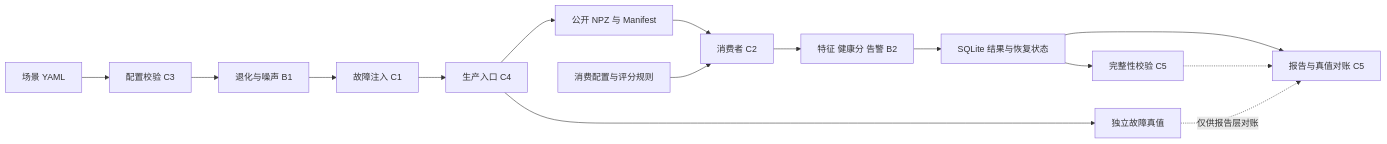
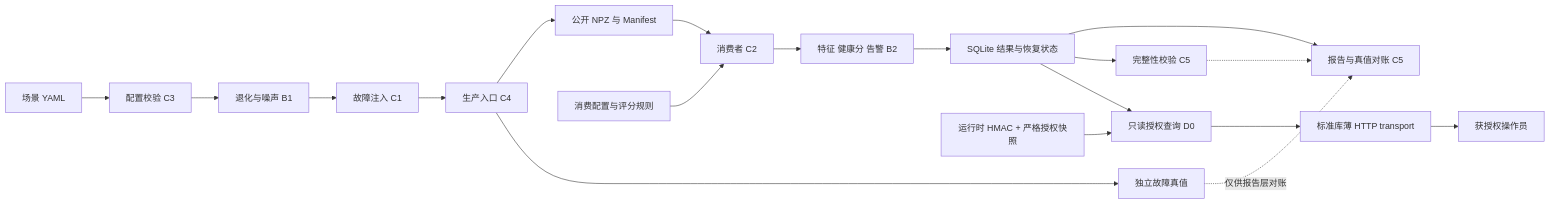
Before and after one commit to Zhu-ShuH/g15-predictive-maintenance: the first of 3 diagrams in docs/architecture.md, drawn with Mermaid. The commit also changed other lines of this file and 11 other files, not shown here.

````diff
--- a/docs/architecture.md
+++ b/docs/architecture.md
@@ -11,17 +11,21 @@
 ```mermaid
 flowchart LR
     SC[场景 YAML] --> CFG[配置校验 C3]
     CFG --> SIM[退化与噪声 B1]
     SIM --> FAULT[故障注入 C1]
     FAULT --> PROD[生产入口 C4]
     PROD --> RAW[公开 NPZ 与 Manifest]
     PROD --> TRUTH[独立故障真值]
     RAW --> CONS[消费者 C2]
     CC[消费配置与评分规则] --> CONS
     CONS --> ANALYSIS[特征 健康分 告警 B2]
     ANALYSIS --> DB[SQLite 结果与恢复状态]
     DB --> REPORT[报告与真值对账 C5]
     TRUTH -. 仅供报告层对账 .-> REPORT
     DB --> VERIFY[完整性校验 C5]
     VERIFY -.-> REPORT
+    AUTH[运行时 HMAC + 严格授权快照] --> QUERY[只读授权查询 D0]
+    DB --> QUERY
+    QUERY --> HTTP[标准库薄 HTTP transport]
+    HTTP --> OP[获授权操作员]
 ```
````
